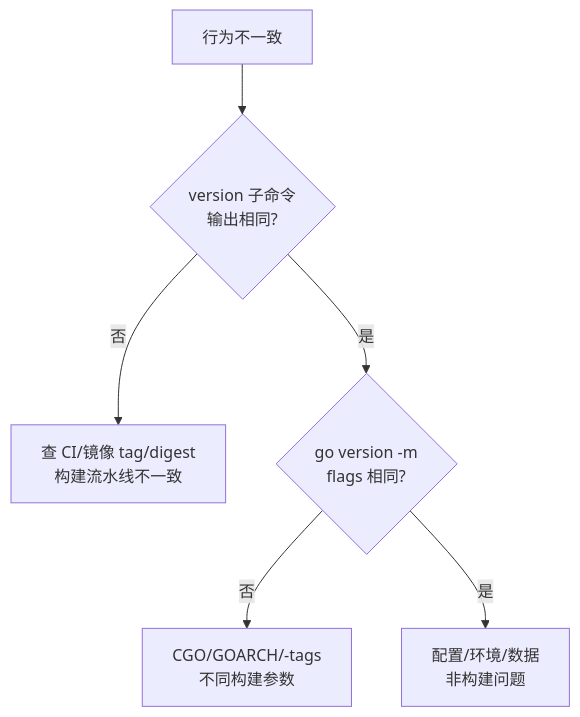
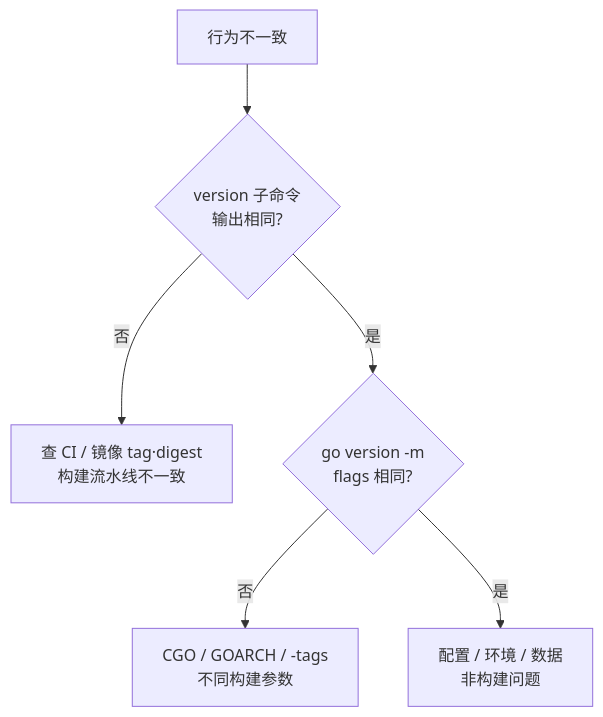
The fifth of 5 diagrams in 05-开发能力/03-Go/15-编译交付与读源码/知识点.md (ml-cuizijun/LearnToLilith), drawn with Mermaid before and after one commit. The commit also changed other lines of this file and 178 other files, not shown here.

````diff
--- a/05-开发能力/03-Go/15-编译交付与读源码/知识点.md
+++ b/05-开发能力/03-Go/15-编译交付与读源码/知识点.md
@@ -511,8 +463,8 @@
 ```mermaid
 flowchart TD
     A["行为不一致"] --> B{"version 子命令<br/>输出相同?"}
-    B -->|否| C["查 CI/镜像 tag/digest<br/>构建流水线不一致"]
+    B -->|否| C["查 CI / 镜像 tag·digest<br/>构建流水线不一致"]
     B -->|是| D{"go version -m<br/>flags 相同?"}
-    D -->|否| E["CGO/GOARCH/-tags<br/>不同构建参数"]
-    D -->|是| F["配置/环境/数据<br/>非构建问题"]
+    D -->|否| E["CGO / GOARCH / -tags<br/>不同构建参数"]
+    D -->|是| F["配置 / 环境 / 数据<br/>非构建问题"]
 ```
````
